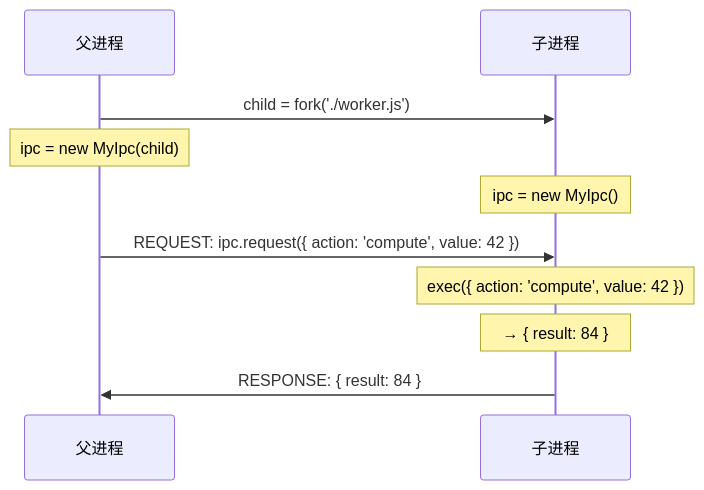
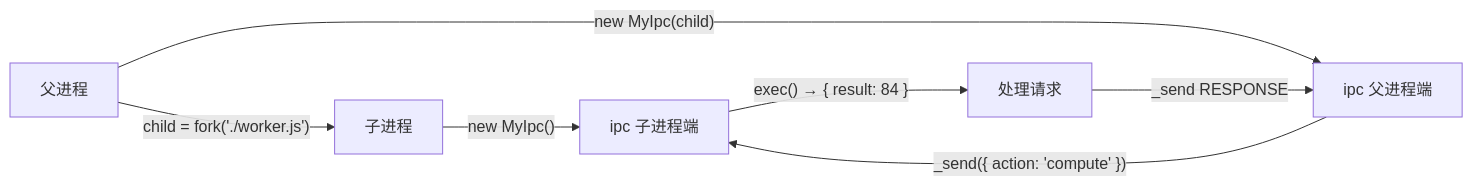
Before and after one commit to cevio/hile: the second of 3 diagrams in docs/packages/message-ipc.mdx, drawn with Mermaid.

Commit message:
fix: replace sequenceDiagram with flowchart in message-ipc docs
sequenceDiagram syntax not supported by Mintlify's Mermaid renderer

````diff
--- a/docs/packages/message-ipc.mdx
+++ b/docs/packages/message-ipc.mdx
@@ -86,14 +86,11 @@
 ```mermaid
-sequenceDiagram
-    participant Parent as 父进程
-    participant Child as 子进程
-
-    Parent->>Child: child = fork('./worker.js')
-    Note over Parent: ipc = new MyIpc(child)
-    Note over Child: ipc = new MyIpc()
-
-    Parent->>Child: REQUEST: ipc.request({ action: 'compute', value: 42 })
-    Note over Child: exec({ action: 'compute', value: 42 })
-    Note over Child: → { result: 84 }
-    Child->>Parent: RESPONSE: { result: 84 }
+flowchart LR
+  P["父进程"]
+  C["子进程"]
+  P -->|"child = fork('./worker.js')"| C
+  P -->|"new MyIpc(child)"| P1["ipc 父进程端"]
+  C -->|"new MyIpc()"| C1["ipc 子进程端"]
+  P1 -->|"_send({ action: 'compute' })"| C1
+  C1 -->|"exec() → { result: 84 }"| C2["处理请求"]
+  C2 -->|"_send RESPONSE"| P1
 ```
````
